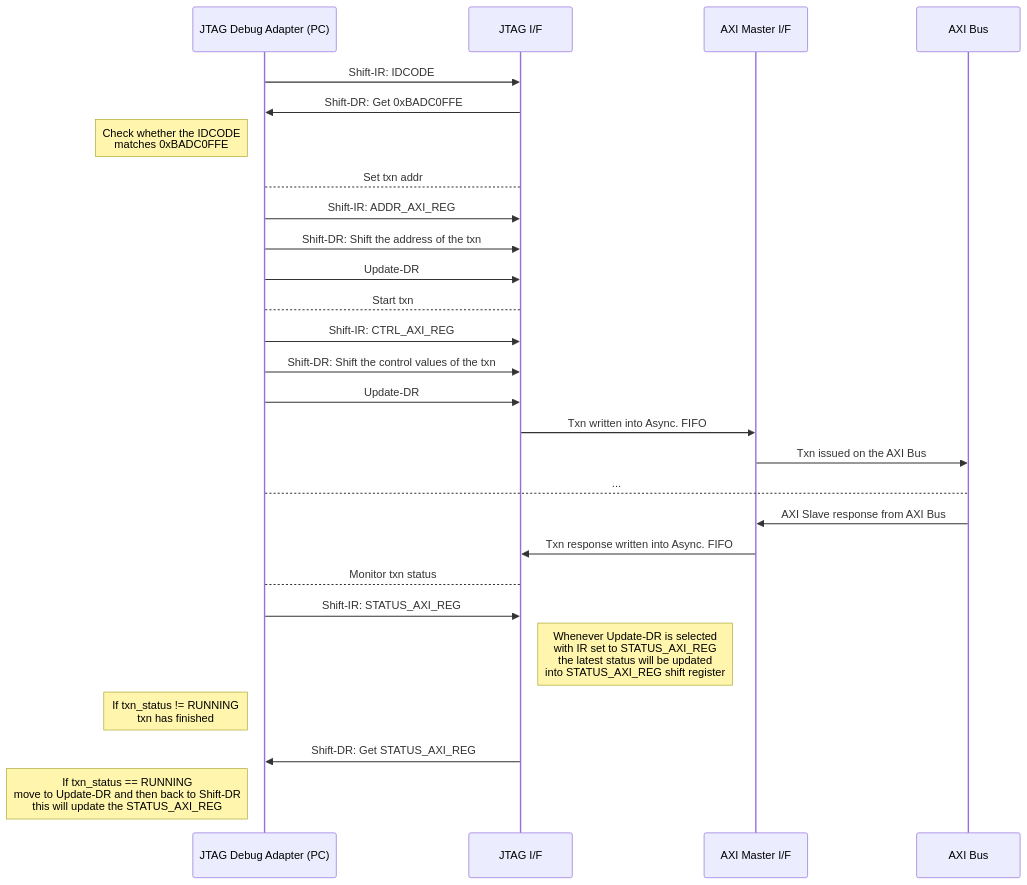
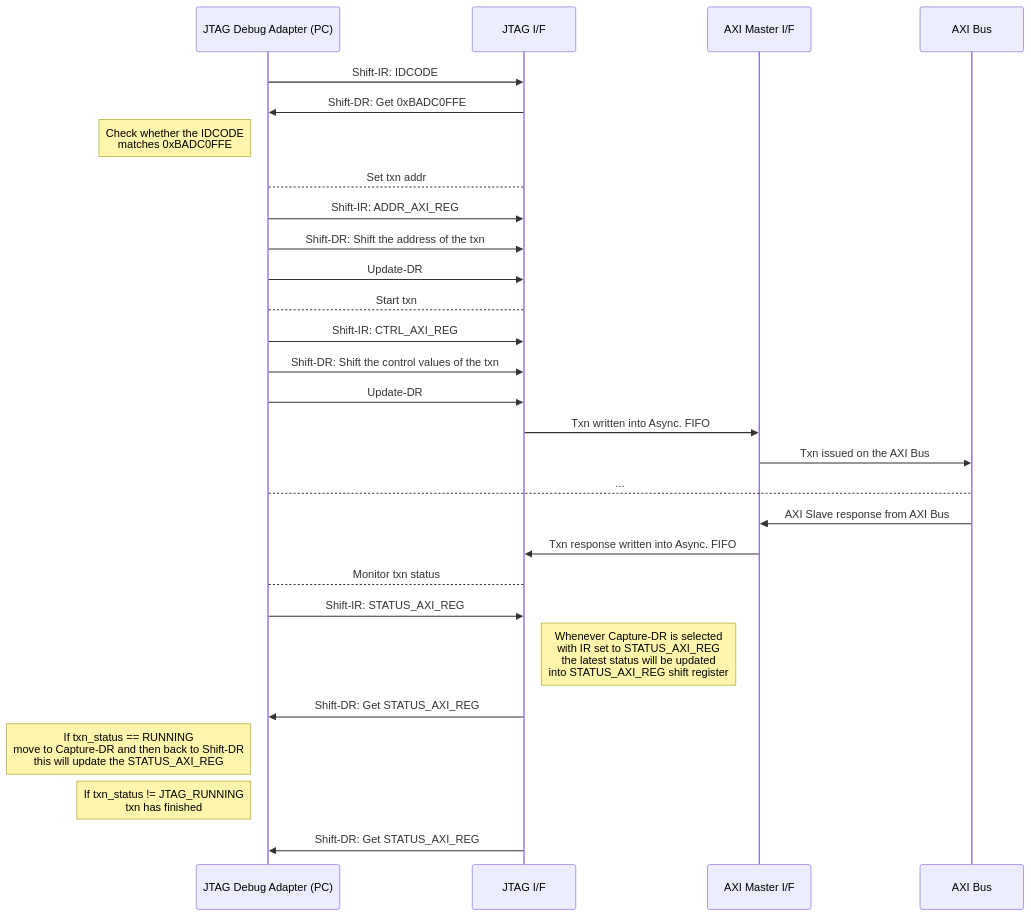
The second of 2 diagrams in README.md (aignacio/jtag_axi), drawn with Mermaid before and after one commit. The commit also changed other lines of this file and 1 other file, not shown here.

````diff
--- a/README.md
+++ b/README.md
@@ -106,28 +157,27 @@
 ```mermaid
 sequenceDiagram
 JTAG Debug Adapter (PC) ->> JTAG I/F: Shift-IR: IDCODE
 JTAG I/F ->> JTAG Debug Adapter (PC): Shift-DR: Get 0xBADC0FFE 
 Note left of JTAG Debug Adapter (PC): Check whether the IDCODE <br/> matches 0xBADC0FFE
 JTAG Debug Adapter (PC) --> JTAG I/F: Set txn addr
 JTAG Debug Adapter (PC) ->> JTAG I/F: Shift-IR: ADDR_AXI_REG
 JTAG Debug Adapter (PC) ->> JTAG I/F: Shift-DR: Shift the address of the txn
 JTAG Debug Adapter (PC) ->> JTAG I/F: Update-DR
 JTAG Debug Adapter (PC) --> JTAG I/F: Start txn
 JTAG Debug Adapter (PC) ->> JTAG I/F: Shift-IR: CTRL_AXI_REG
 JTAG Debug Adapter (PC) ->> JTAG I/F: Shift-DR: Shift the control values of the txn
 JTAG Debug Adapter (PC) ->> JTAG I/F: Update-DR
 
 JTAG I/F ->> AXI Master I/F: Txn written into Async. FIFO
 AXI Master I/F ->> AXI Bus: Txn issued on the AXI Bus
 JTAG Debug Adapter (PC) --> AXI Bus: ...
 AXI Bus ->> AXI Master I/F: AXI Slave response from AXI Bus
 AXI Master I/F ->> JTAG I/F: Txn response written into Async. FIFO
-
 JTAG Debug Adapter (PC) --> JTAG I/F: Monitor txn status
 JTAG Debug Adapter (PC) ->> JTAG I/F: Shift-IR: STATUS_AXI_REG
-Note right of JTAG I/F: Whenever Update-DR is selected <br/> with IR set to STATUS_AXI_REG <br/> the latest status will be updated <br/> into STATUS_AXI_REG shift register
-Note left of JTAG Debug Adapter (PC): If txn_status != RUNNING <br/> txn has finished
+Note right of JTAG I/F: Whenever Capture-DR is selected <br/> with IR set to STATUS_AXI_REG <br/> the latest status will be updated <br/> into STATUS_AXI_REG shift register
 JTAG I/F ->> JTAG Debug Adapter (PC): Shift-DR: Get STATUS_AXI_REG
-
-Note left of JTAG Debug Adapter (PC): If txn_status == RUNNING <br/> move to Update-DR and then back to Shift-DR <br/> this will update the STATUS_AXI_REG
+Note left of JTAG Debug Adapter (PC): If txn_status == RUNNING <br/> move to Capture-DR and then back to Shift-DR <br/> this will update the STATUS_AXI_REG
+Note left of JTAG Debug Adapter (PC): If txn_status != JTAG_RUNNING <br/> txn has finished
+JTAG I/F ->> JTAG Debug Adapter (PC): Shift-DR: Get STATUS_AXI_REG
 ```
````
